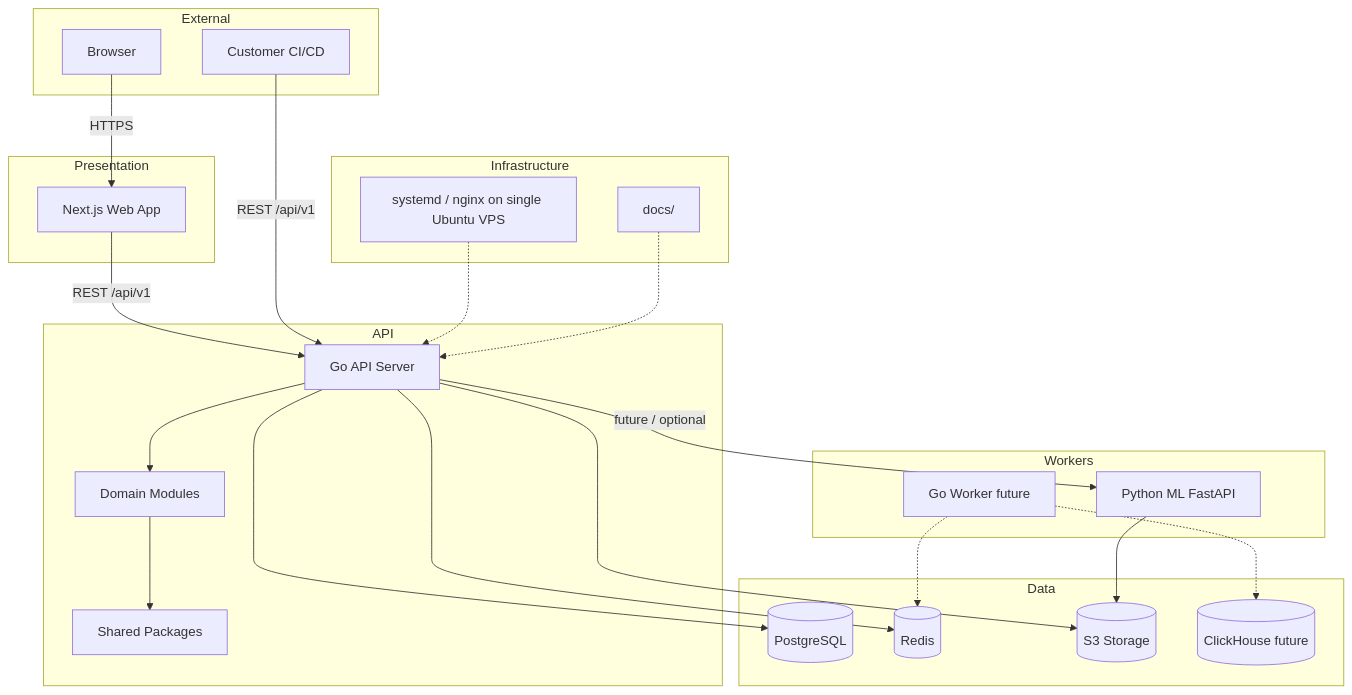
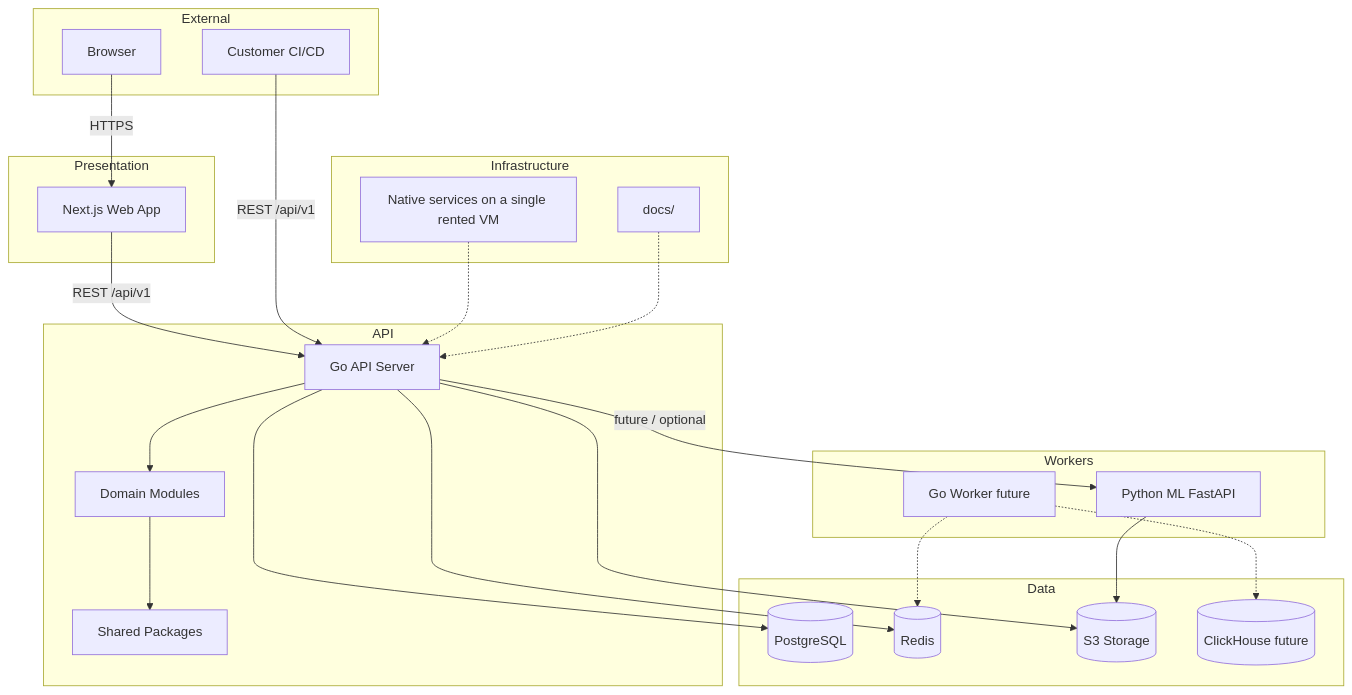
One commit to whitecrayonn/testra changed the second of 12 diagrams in testra/docs/BIBLICAL_TESTRA.md. Above: the diagram before and after it, drawn with Mermaid. The commit also changed other lines of this file and 5 other files, not shown here.

````diff
--- a/testra/docs/BIBLICAL_TESTRA.md
+++ b/testra/docs/BIBLICAL_TESTRA.md
@@ -322,49 +323,49 @@
 ```mermaid
 flowchart TD
     subgraph External
         Browser[Browser]
         CI[Customer CI/CD]
     end
 
     subgraph Presentation
         Web[Next.js Web App]
     end
 
     subgraph API
         APIServer[Go API Server]
         Modules[Domain Modules]
         Shared[Shared Packages]
     end
 
     subgraph Workers
         GoWorker[Go Worker future]
         MLService[Python ML FastAPI]
     end
 
     subgraph Data
         PG[(PostgreSQL)]
         Redis[(Redis)]
         S3[(S3 Storage)]
         CH[(ClickHouse future)]
     end
 
     subgraph Infrastructure
-        Infra[systemd / nginx on single Ubuntu VPS]
+        Infra[Native services on a single rented VM]
         Docs[docs/]
     end
 
     Browser -->|HTTPS| Web
     Web -->|REST /api/v1| APIServer
     CI -->|REST /api/v1| APIServer
     APIServer --> Modules
     Modules --> Shared
     APIServer --> PG
     APIServer --> Redis
     APIServer --> S3
     APIServer -->|future / optional| MLService
     GoWorker -.-> Redis
     GoWorker -.-> CH
     MLService --> S3
     Infra -.-> APIServer
     Docs -.-> APIServer
 ```
````
